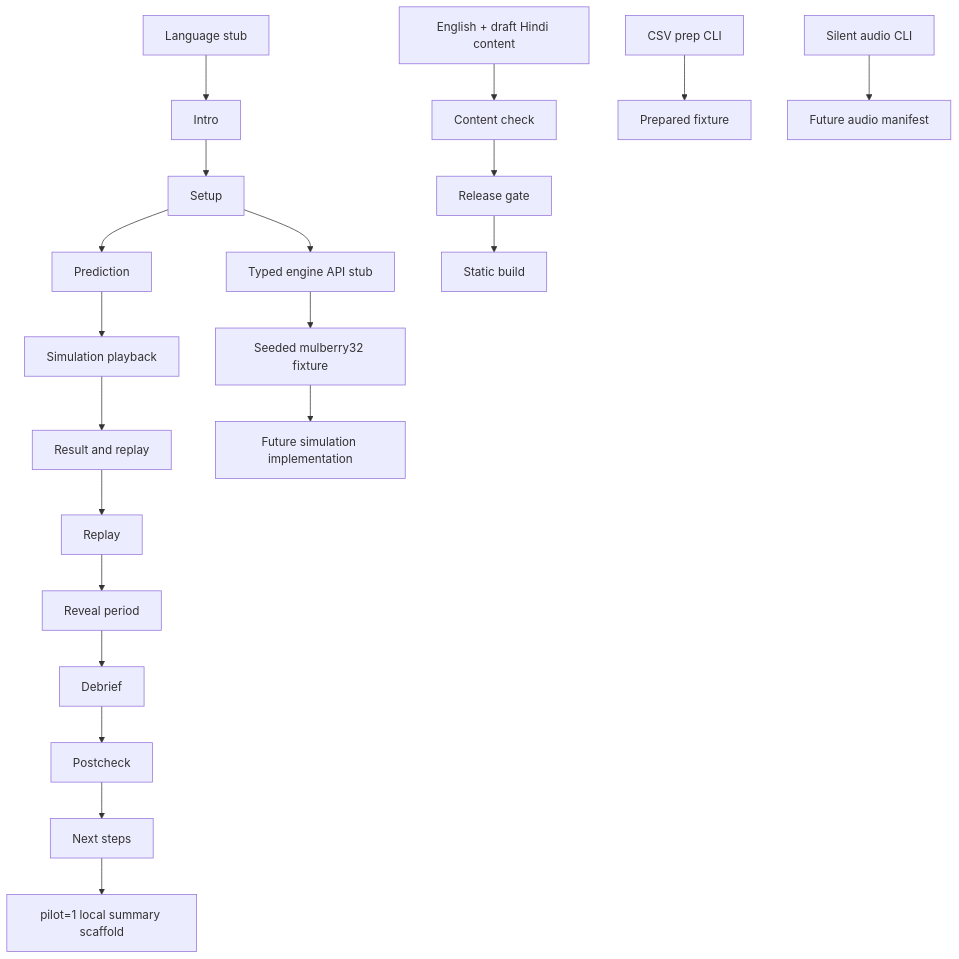
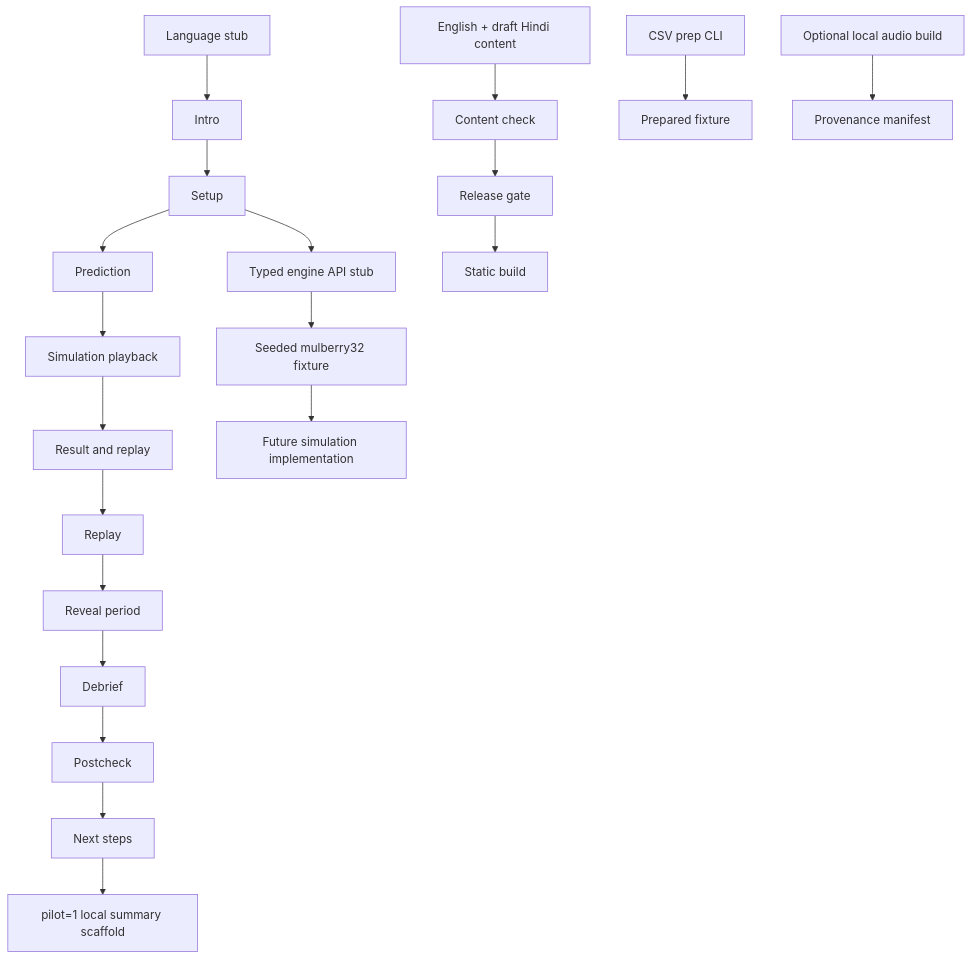
The diagram in docs/ARCHITECTURE.md (nomadrai/anubhav), drawn with Mermaid before and after one commit. The commit also changed other lines of this file and 19 other files, not shown here.

````diff
--- a/docs/ARCHITECTURE.md
+++ b/docs/ARCHITECTURE.md
@@ -20,24 +20,24 @@
 ```mermaid
 flowchart TD
   A[Language stub] --> B[Intro]
   B --> C[Setup]
   C --> D[Prediction]
   D --> E[Simulation playback]
   E --> F[Result and replay]
   F --> G[Replay]
   G --> H[Reveal period]
   H --> I[Debrief]
   I --> J[Postcheck]
   J --> K[Next steps]
   K --> L[pilot=1 local summary scaffold]
 
   C --> X[Typed engine API stub]
   X --> Y[Seeded mulberry32 fixture]
   Y --> Z[Future simulation implementation]
 
   M[English + draft Hindi content] --> N[Content check]
   N --> O[Release gate]
   P[CSV prep CLI] --> Q[Prepared fixture]
-  R[Silent audio CLI] --> S[Future audio manifest]
+  R[Optional local audio build] --> S[Provenance manifest]
   O --> T[Static build]
 ```
````
